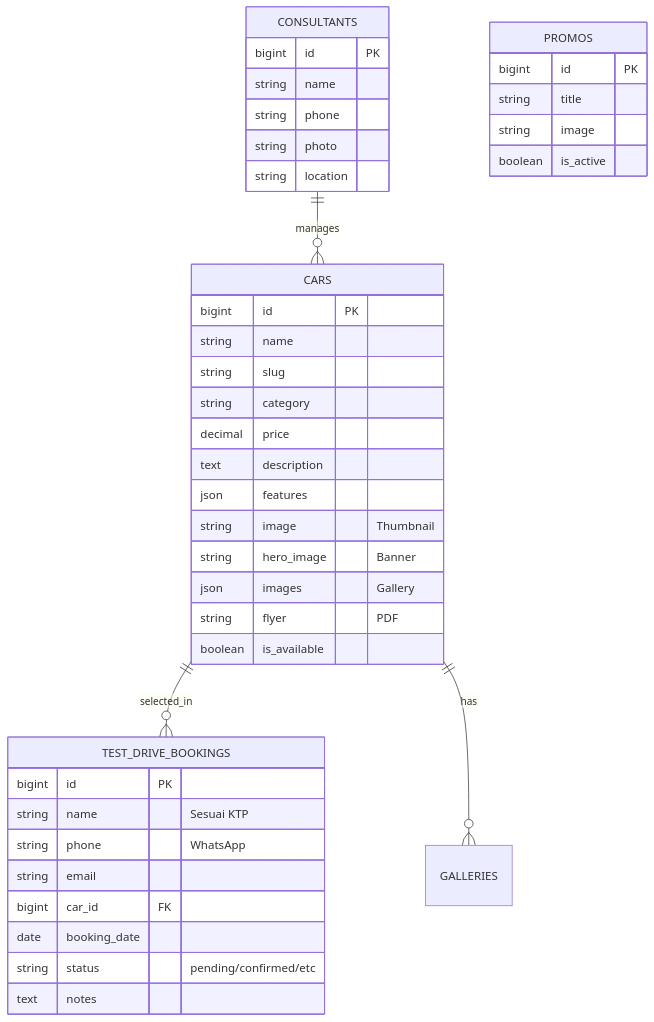
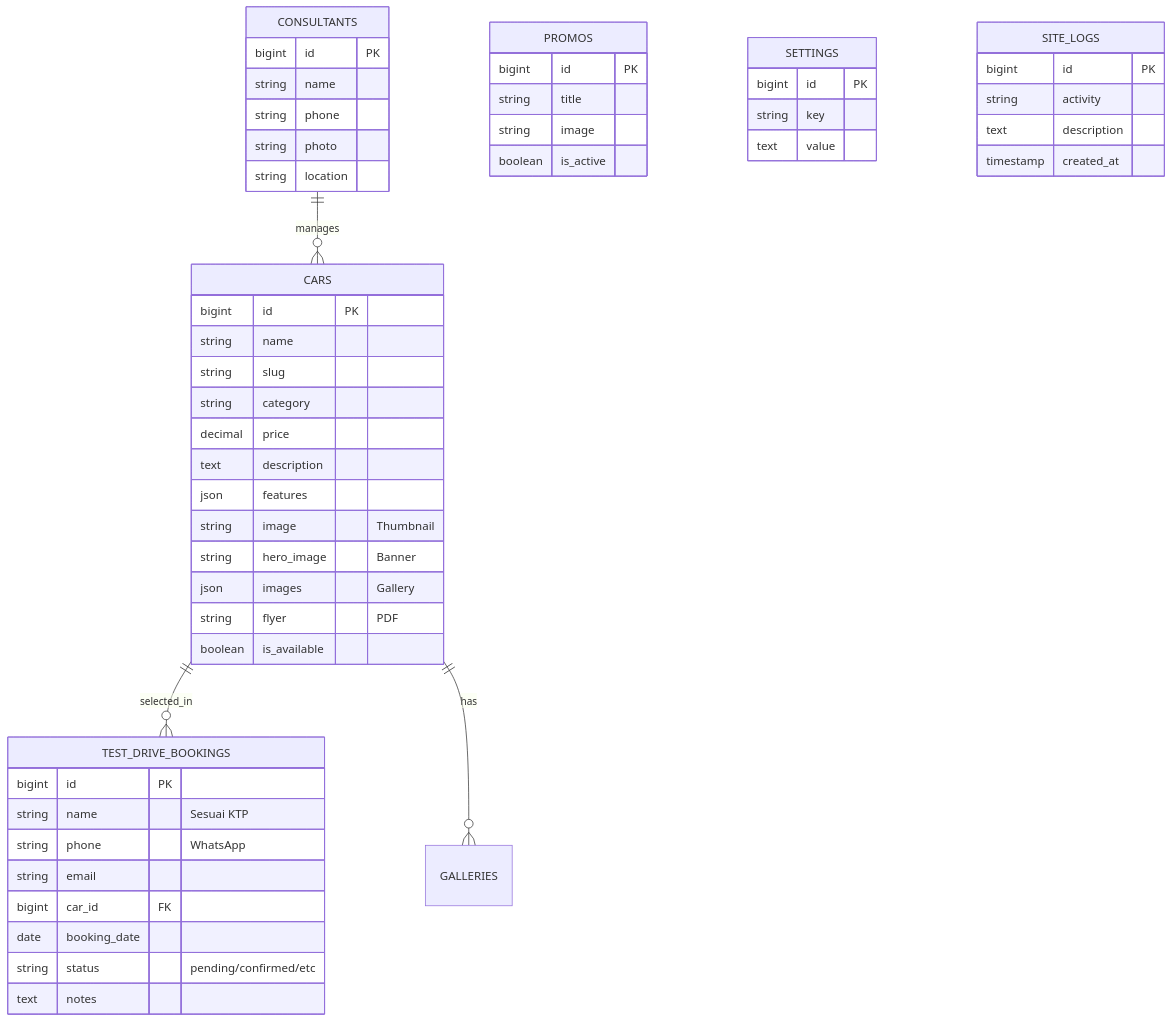
One commit to scripted42/ProjectSales changed the diagram in README.md. Above: the diagram before and after it, drawn with Mermaid. The commit also changed other lines of this file and 147 other files, not shown here.

````diff
--- a/README.md
+++ b/README.md
@@ -63,47 +58,60 @@
 ```mermaid
 erDiagram
     CARS ||--o{ TEST_DRIVE_BOOKINGS : "selected_in"
     CARS ||--o{ GALLERIES : "has"
     CONSULTANTS ||--o{ CARS : "manages"
     
     CARS {
         bigint id PK
         string name
         string slug
         string category
         decimal price
         text description
         json features
         string image "Thumbnail"
         string hero_image "Banner"
         json images "Gallery"
         string flyer "PDF"
         boolean is_available
     }
     
     TEST_DRIVE_BOOKINGS {
         bigint id PK
         string name "Sesuai KTP"
         string phone "WhatsApp"
         string email
         bigint car_id FK
         date booking_date
         string status "pending/confirmed/etc"
         text notes
     }
     
     CONSULTANTS {
         bigint id PK
         string name
         string phone
         string photo
         string location
     }
 
     PROMOS {
         bigint id PK
         string title
         string image
         boolean is_active
     }
+
+    SETTINGS {
+        bigint id PK
+        string key
+        text value
+    }
+
+    SITE_LOGS {
+        bigint id PK
+        string activity
+        text description
+        timestamp created_at
+    }
 ```
````
